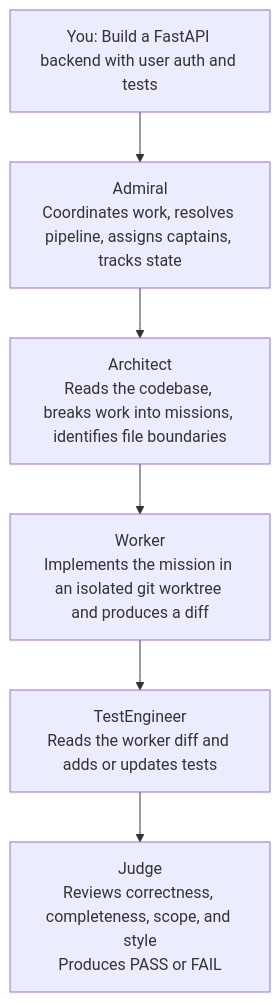
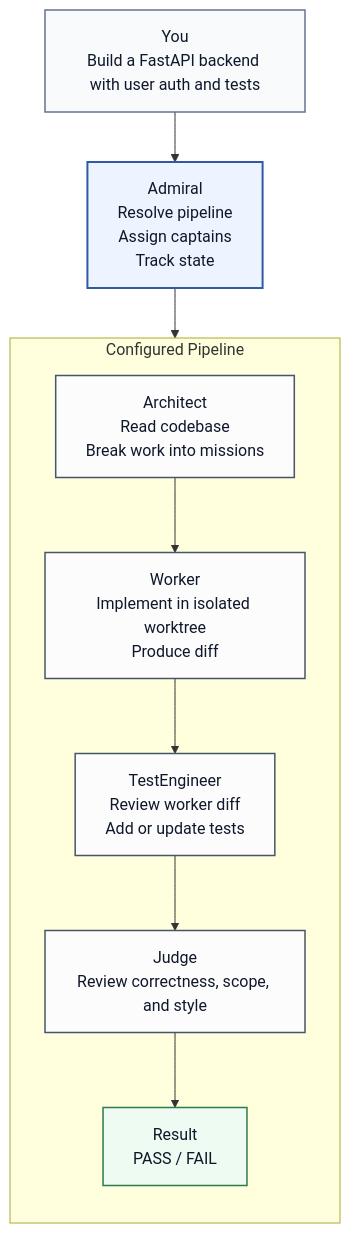
The diagram in README.md (jchristn/Armada), drawn with Mermaid before and after one commit.

Commit message:
Polish README pipeline diagram styling

````diff
--- a/README.md
+++ b/README.md
@@ -66,15 +66,27 @@
 ```mermaid
 flowchart TD
-    U["You: Build a FastAPI backend with user auth and tests"]
-    A["Admiral<br/>Coordinates work, resolves pipeline, assigns captains, tracks state"]
-    P["Architect<br/>Reads the codebase, breaks work into missions, identifies file boundaries"]
-    W["Worker<br/>Implements the mission in an isolated git worktree and produces a diff"]
-    T["TestEngineer<br/>Reads the worker diff and adds or updates tests"]
-    J["Judge<br/>Reviews correctness, completeness, scope, and style<br/>Produces PASS or FAIL"]
+    classDef input fill:#f8fafc,stroke:#64748b,color:#0f172a,stroke-width:1.5px;
+    classDef control fill:#eef4ff,stroke:#3159a6,color:#0f172a,stroke-width:2px;
+    classDef stage fill:#fcfcfd,stroke:#475569,color:#0f172a,stroke-width:1.5px;
+    classDef output fill:#eefbf3,stroke:#2f7a4b,color:#0f172a,stroke-width:1.5px;
 
-    U --> A
-    A --> P
-    P --> W
-    W --> T
-    T --> J
+    U["You<br/>Build a FastAPI backend with user auth and tests"]
+    A["Admiral<br/>Resolve pipeline<br/>Assign captains<br/>Track state"]
+
+    subgraph Pipeline["Configured Pipeline"]
+        direction TD
+        P["Architect<br/>Read codebase<br/>Break work into missions"]
+        W["Worker<br/>Implement in isolated worktree<br/>Produce diff"]
+        T["TestEngineer<br/>Review worker diff<br/>Add or update tests"]
+        J["Judge<br/>Review correctness, scope, and style"]
+        R["Result<br/>PASS / FAIL"]
+        P --> W --> T --> J --> R
+    end
+
+    U --> A --> P
+
+    class U input
+    class A control
+    class P,W,T,J stage
+    class R output
 ```
````
